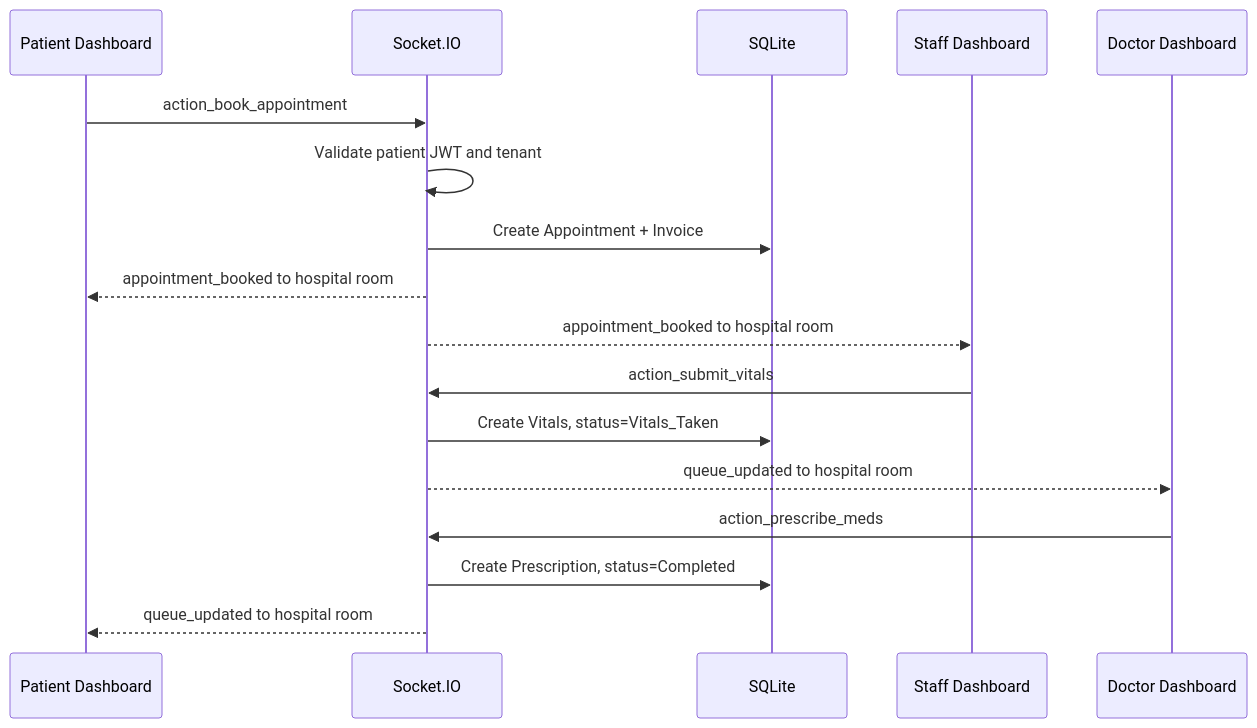
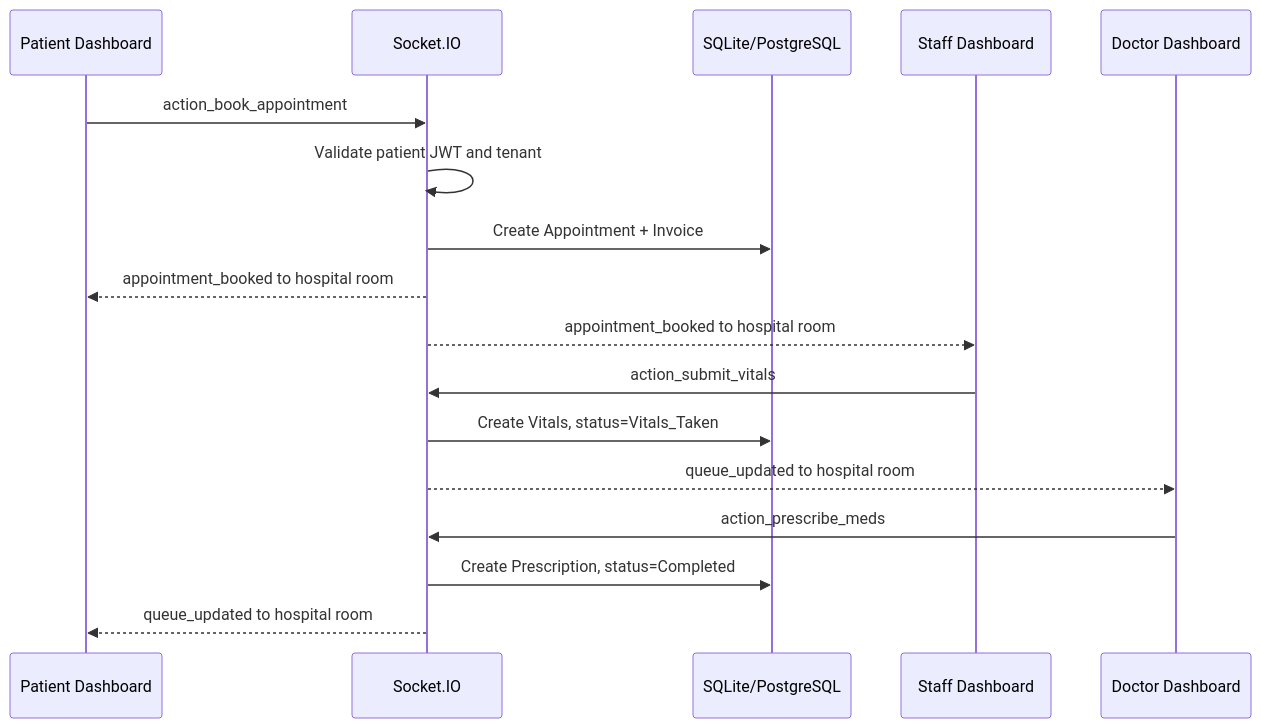
The third of 10 diagrams in docs/architecture.md (eklavyamathur9/pulse-hms-platform), drawn with Mermaid before and after one commit. The commit also changed other lines of this file and 10 other files, not shown here.

````diff
--- a/docs/architecture.md
+++ b/docs/architecture.md
@@ -179,20 +296,20 @@
 ```mermaid
 sequenceDiagram
   participant P as Patient Dashboard
   participant S as Socket.IO
-  participant DB as SQLite
+  participant DB as SQLite/PostgreSQL
   participant Staff as Staff Dashboard
   participant Doctor as Doctor Dashboard
 
   P->>S: action_book_appointment
   S->>S: Validate patient JWT and tenant
   S->>DB: Create Appointment + Invoice
   S-->>P: appointment_booked to hospital room
   S-->>Staff: appointment_booked to hospital room
   Staff->>S: action_submit_vitals
   S->>DB: Create Vitals, status=Vitals_Taken
   S-->>Doctor: queue_updated to hospital room
   Doctor->>S: action_prescribe_meds
   S->>DB: Create Prescription, status=Completed
   S-->>P: queue_updated to hospital room
 ```
````
